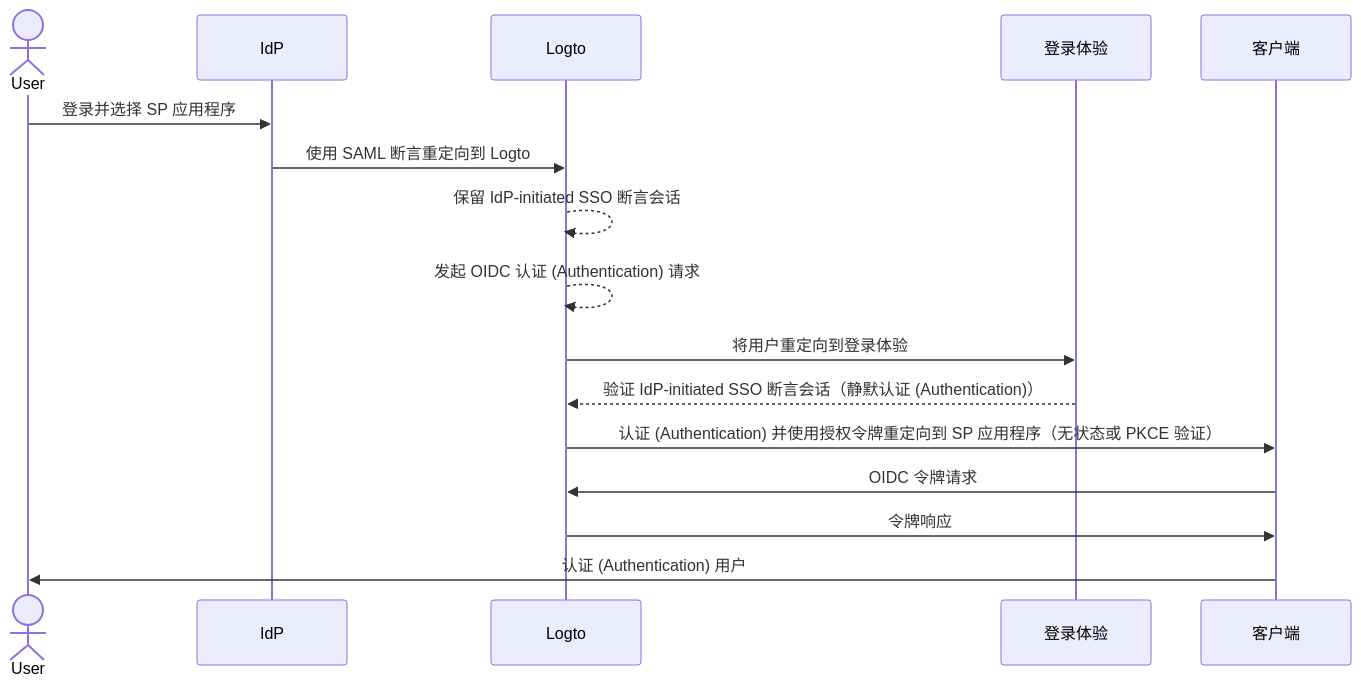
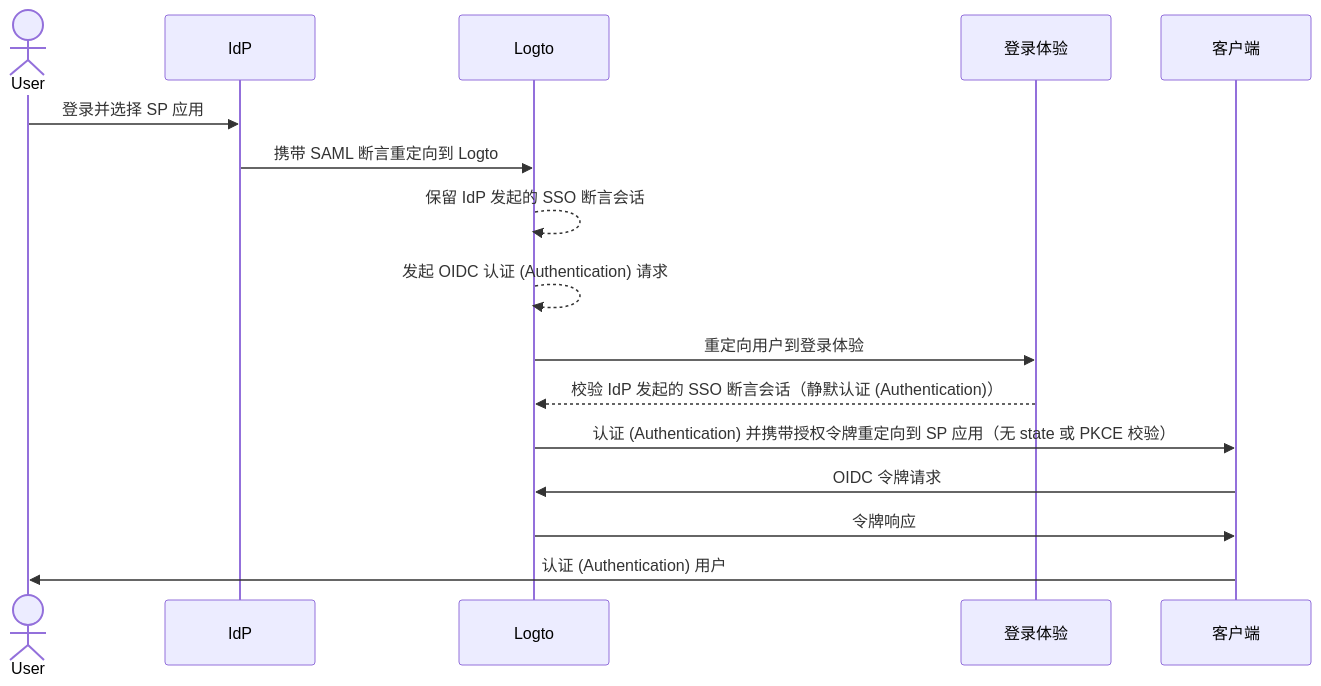
Before and after one commit to logto-io/docs: the second of 2 diagrams in i18n/zh-CN/docusaurus-plugin-content-docs/current/end-user-flows/enterprise-sso/idp-initiated-sso.mdx, drawn with Mermaid. The commit also changed other lines of this file and 666 other files, not shown here.

````diff
--- a/i18n/zh-CN/docusaurus-plugin-content-docs/current/end-user-flows/enterprise-sso/idp-initiated-sso.mdx
+++ b/i18n/zh-CN/docusaurus-plugin-content-docs/current/end-user-flows/enterprise-sso/idp-initiated-sso.mdx
@@ -137,20 +137,20 @@
 ```mermaid
   sequenceDiagram
 
   actor User
   participant IdP as IdP
   participant Logto as Logto
   participant Experience as 登录体验
   participant SP as 客户端
 
-  User->>IdP: 登录并选择 SP 应用程序
-  IdP->>Logto: 使用 SAML 断言重定向到 Logto
-  Logto-->>Logto: 保留 IdP-initiated SSO 断言会话
+  User->>IdP: 登录并选择 SP 应用
+  IdP->>Logto: 携带 SAML 断言重定向到 Logto
+  Logto-->>Logto: 保留 IdP 发起的 SSO 断言会话
   Logto-->>Logto: 发起 OIDC 认证 (Authentication) 请求
-  Logto->>Experience: 将用户重定向到登录体验
-  Experience-->>Logto: 验证 IdP-initiated SSO 断言会话（静默认证 (Authentication)）
-  Logto->>SP: 认证 (Authentication) 并使用授权令牌重定向到 SP 应用程序（无状态或 PKCE 验证）
+  Logto->>Experience: 重定向用户到登录体验
+  Experience-->>Logto: 校验 IdP 发起的 SSO 断言会话（静默认证 (Authentication)）
+  Logto->>SP: 认证 (Authentication) 并携带授权令牌重定向到 SP 应用（无 state 或 PKCE 校验）
   SP->>Logto: OIDC 令牌请求
   Logto->>SP: 令牌响应
   SP->>User: 认证 (Authentication) 用户
 ```
````
